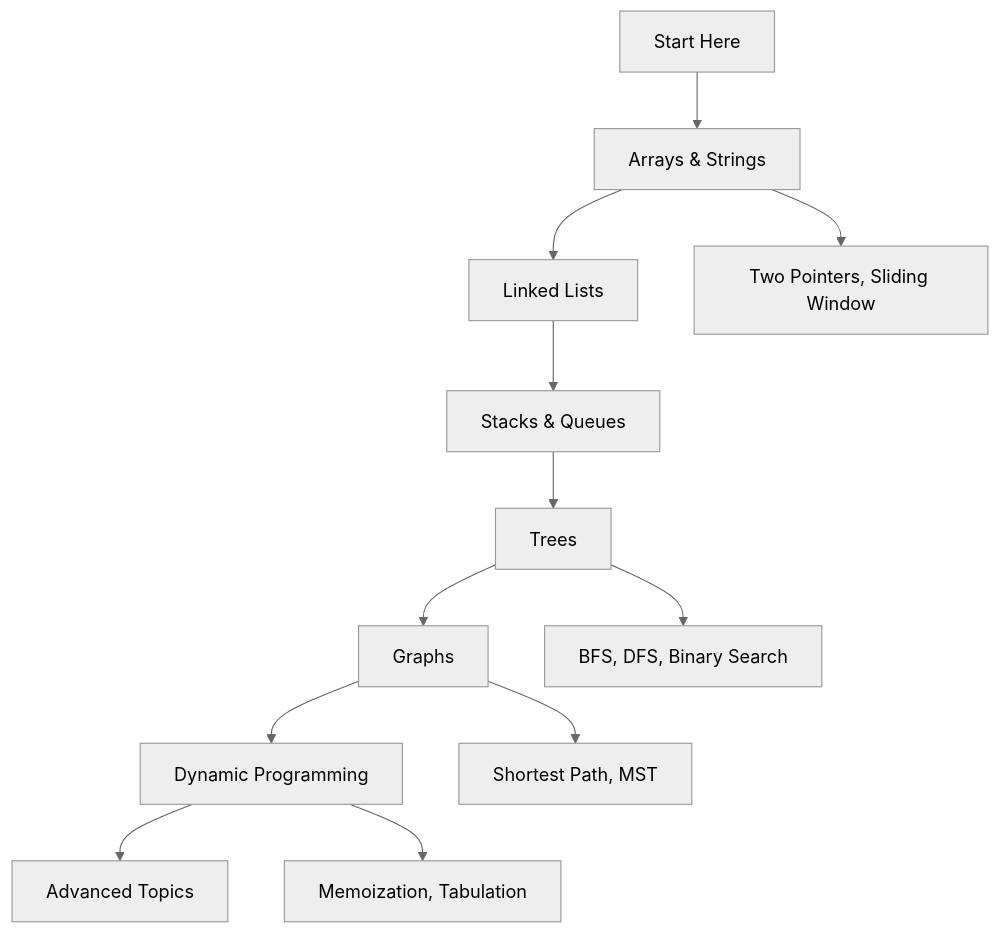
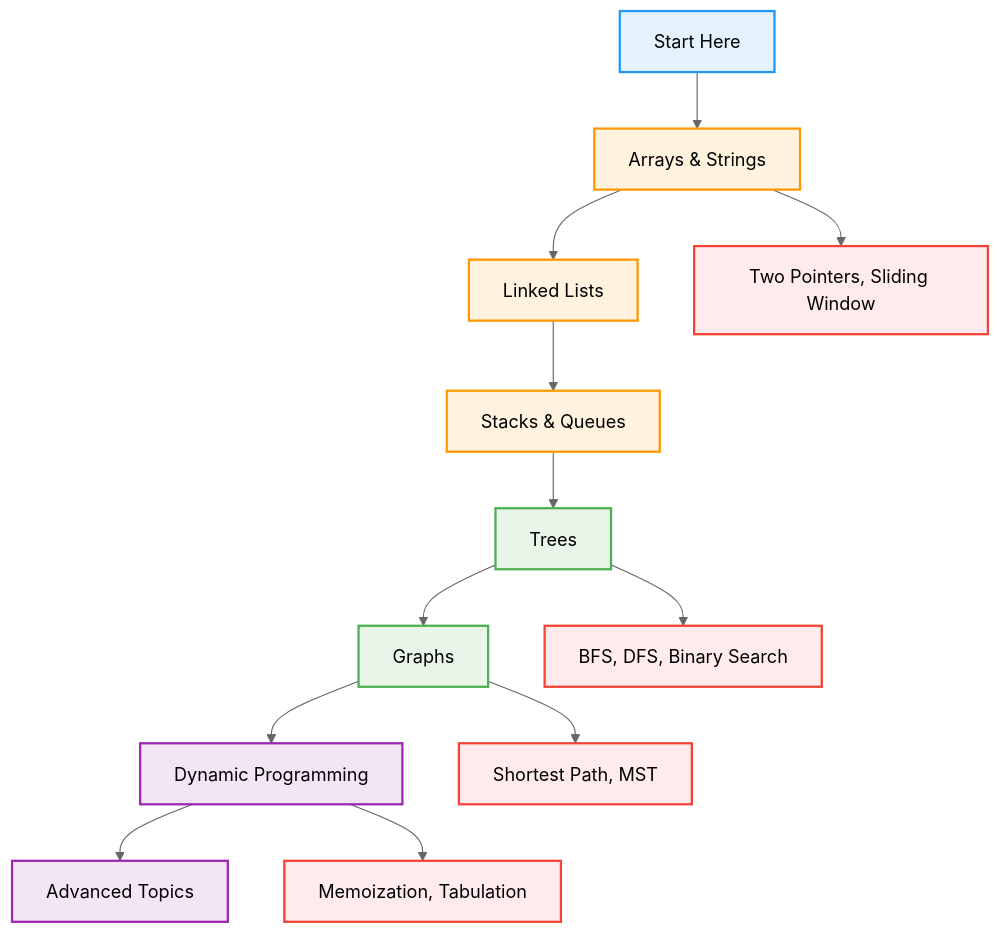
The eighth of 8 diagrams in concepts/fundamentals.md (AbhishekGiri04/CodeVault), drawn with Mermaid (neutral theme) before and after one commit. The commit also changed other lines of this file, not shown here.

Commit message:
Fix Algorithm Categories Mermaid diagram syntax

````diff
--- a/concepts/fundamentals.md
+++ b/concepts/fundamentals.md
@@ -669,15 +443,27 @@
 ```mermaid
-graph TD
-    A[Start Here] --> B[Arrays & Strings]
-    B --> C[Linked Lists]
-    C --> D[Stacks & Queues]
-    D --> E[Trees]
-    E --> F[Graphs]
-    F --> G[Dynamic Programming]
-    G --> H[Advanced Topics]
+flowchart TD
+    A["Start Here"] --> B["Arrays & Strings"]
+    B --> C["Linked Lists"]
+    C --> D["Stacks & Queues"]
+    D --> E["Trees"]
+    E --> F["Graphs"]
+    F --> G["Dynamic Programming"]
+    G --> H["Advanced Topics"]
     
-    B --> I[Two Pointers, Sliding Window]
-    E --> J[BFS, DFS, Binary Search]
-    F --> K[Shortest Path, MST]
-    G --> L[Memoization, Tabulation]
+    B --> I["Two Pointers, Sliding Window"]
+    E --> J["BFS, DFS, Binary Search"]
+    F --> K["Shortest Path, MST"]
+    G --> L["Memoization, Tabulation"]
+    
+    classDef default fill:#f9f9f9,stroke:#333,stroke-width:2px,color:#000
+    classDef start fill:#e3f2fd,stroke:#2196f3,stroke-width:2px,color:#000
+    classDef basic fill:#fff3e0,stroke:#ff9800,stroke-width:2px,color:#000
+    classDef intermediate fill:#e8f5e8,stroke:#4caf50,stroke-width:2px,color:#000
+    classDef advanced fill:#f3e5f5,stroke:#9c27b0,stroke-width:2px,color:#000
+    classDef techniques fill:#ffebee,stroke:#f44336,stroke-width:2px,color:#000
+    class A start
+    class B,C,D basic
+    class E,F intermediate
+    class G,H advanced
+    class I,J,K,L techniques
 ```
````
